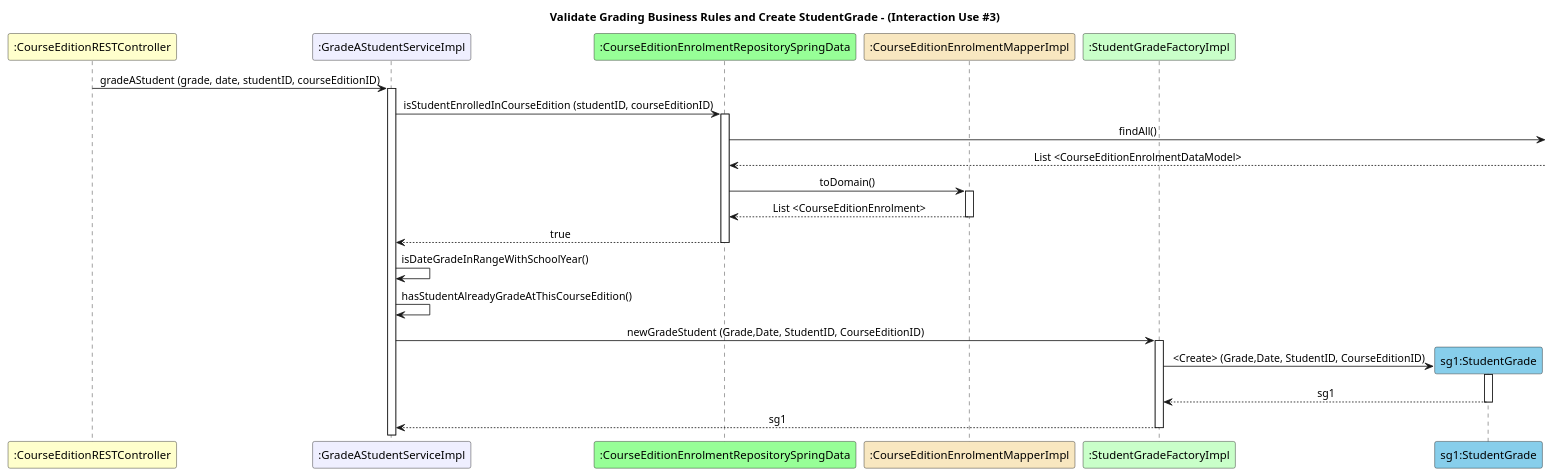
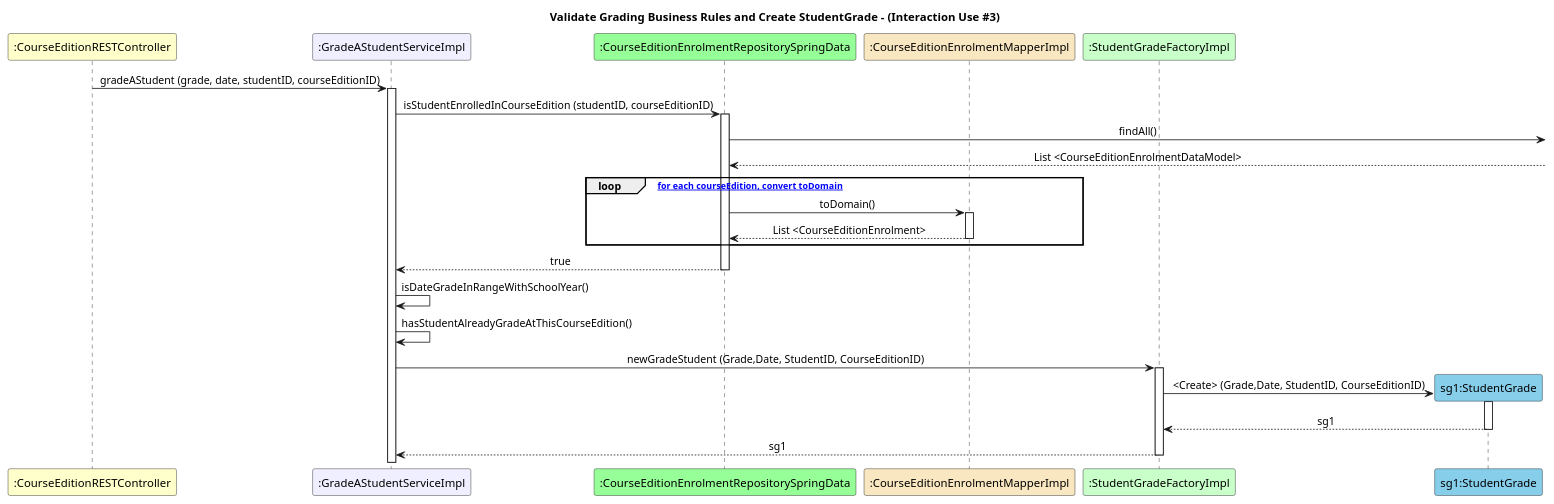
The diagram in docs/US22/REST_API/ScenarioView/Interaction_Use/InteractionUse#3.puml (GasparISEP/DevOps-PAI), drawn with PlantUML before and after one commit. The commit also changed 2 other files, not shown here.

Commit message:
Closes #642: Refactor of details in the US22 - Sprint 6 REST API - Process View diagrams and Class Diagram

```diff
--- a/docs/US22/REST_API/ScenarioView/Interaction_Use/InteractionUse#3.puml
+++ b/docs/US22/REST_API/ScenarioView/Interaction_Use/InteractionUse#3.puml
@@ -1,42 +1,45 @@
 @startuml
 
 title Validate Grading Business Rules and Create StudentGrade - (Interaction Use #3)
 skinparam sequencemessagealign center
 
 participant ":CourseEditionRESTController" as ctrlrREST #business
 participant ":GradeAStudentServiceImpl" as service #motivation
 participant ":CourseEditionEnrolmentRepositorySpringData" as ceer #physical
 participant ":CourseEditionEnrolmentMapperImpl" as ceemp #strategy
 participant ":StudentGradeFactoryImpl" as sgf #technology
 participant "sg1:StudentGrade" as gs #skyblue
 
 
 ctrlrREST -> service : gradeAStudent (grade, date, studentID, courseEditionID)
 activate service
 service -> ceer : isStudentEnrolledInCourseEdition (studentID, courseEditionID)
 activate ceer
 
 ceer ->  : findAll()
 ceer <--  :  List <CourseEditionEnrolmentDataModel>
+
+loop [. for each courseEdition, convert toDomain]
 ceer -> ceemp : toDomain()
 activate ceemp
 ceemp --> ceer : List <CourseEditionEnrolment>
 deactivate ceemp
+end loop
 ceer --> service : true
 deactivate ceer
 
 service -> service : isDateGradeInRangeWithSchoolYear()
 service -> service : hasStudentAlreadyGradeAtThisCourseEdition()
 
 service -> sgf : newGradeStudent (Grade,Date, StudentID, CourseEditionID)
 activate sgf
 create gs
 sgf -> gs : <Create> (Grade,Date, StudentID, CourseEditionID)
 activate gs
 gs --> sgf : sg1
 deactivate gs
 sgf --> service : sg1
 deactivate sgf
 
 
 @enduml
```
